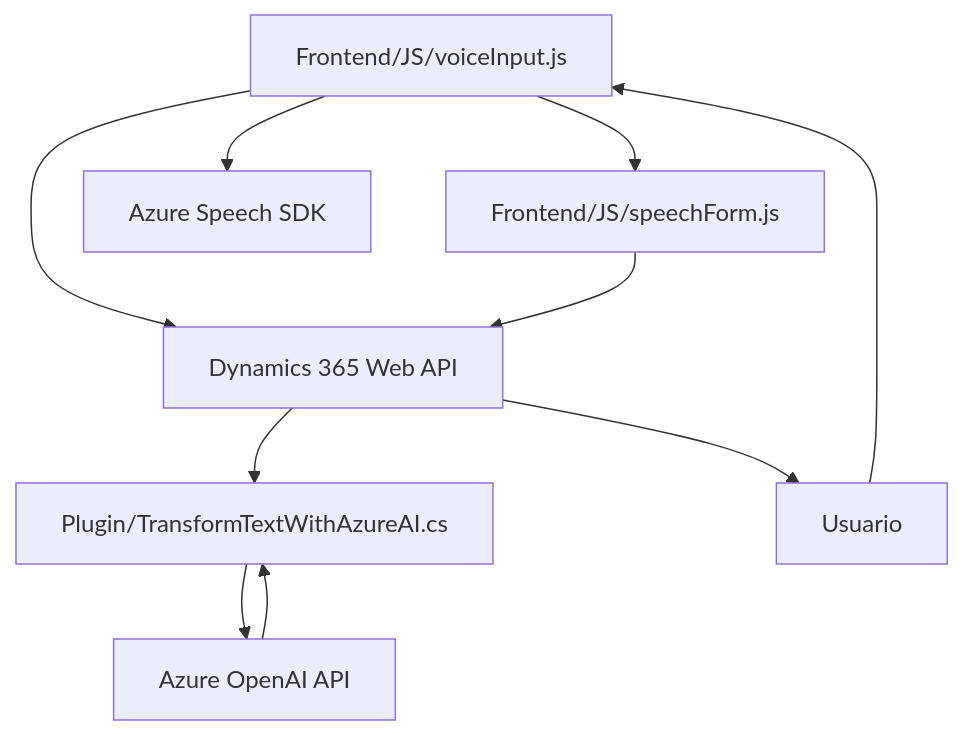
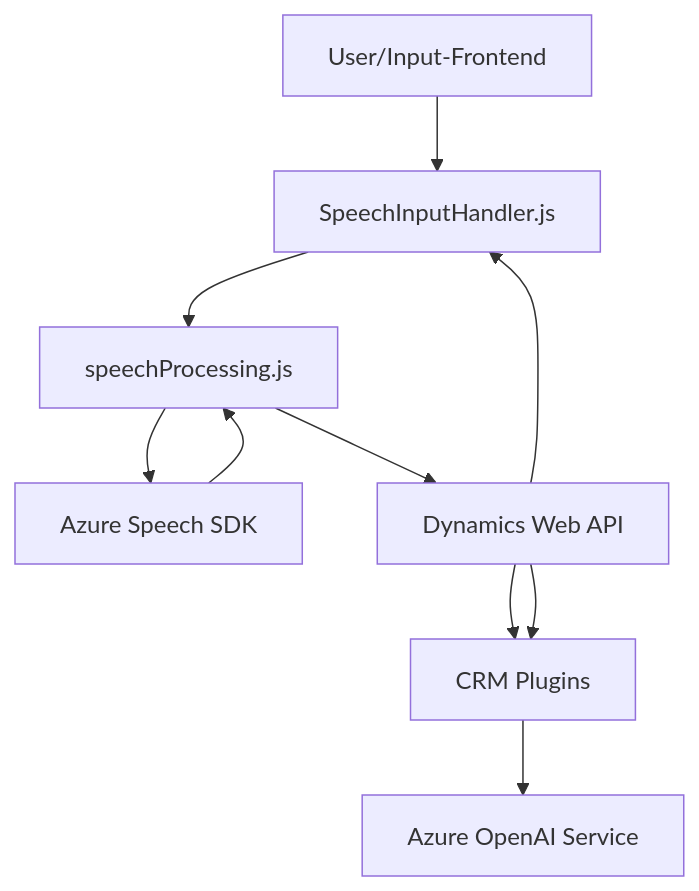
One commit to blopezdm/NETCORE_BILBAO2025 changed the diagram in README.md. Above: the diagram before and after it, drawn with Mermaid. The commit also changed other lines of this file, not shown here.

````diff
--- a/README.md
+++ b/README.md
@@ -60,20 +44,20 @@
 ```mermaid
 graph TD
-  A["Frontend/JS/voiceInput.js"]
-  B["Frontend/JS/speechForm.js"]
-  C["Plugin/TransformTextWithAzureAI.cs"]
-  D["Azure Speech SDK"]
-  E["Dynamics 365 Web API"]
-  F["Azure OpenAI API"]
-  G["Usuario"]
+  A["User/Input-Frontend"]
+  B["SpeechInputHandler.js"]
+  C["speechProcessing.js"]
+  D["CRM Plugins"]
+  E["Azure Speech SDK"]
+  F["Dynamics Web API"]
+  G["Azure OpenAI Service"]
   
-  G --> A
-  A --> D
-  A --> E
   A --> B
-  B --> E
+  B --> C
+  C --> E
+  C --> F
+  D --> G
+  F --> D
   E --> C
-  C --> F
-  F --> C
-  E --> G
+  F --> B
+  F --> D
 ```
````
